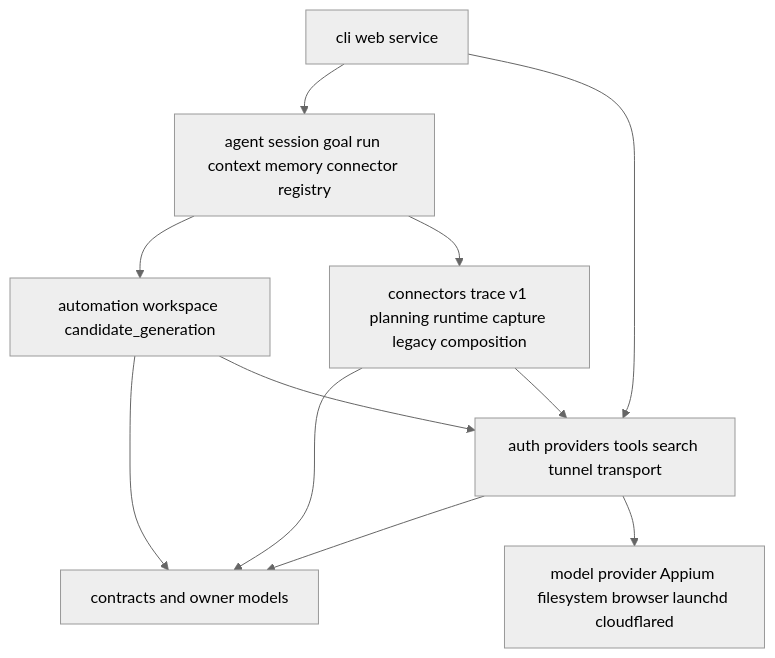
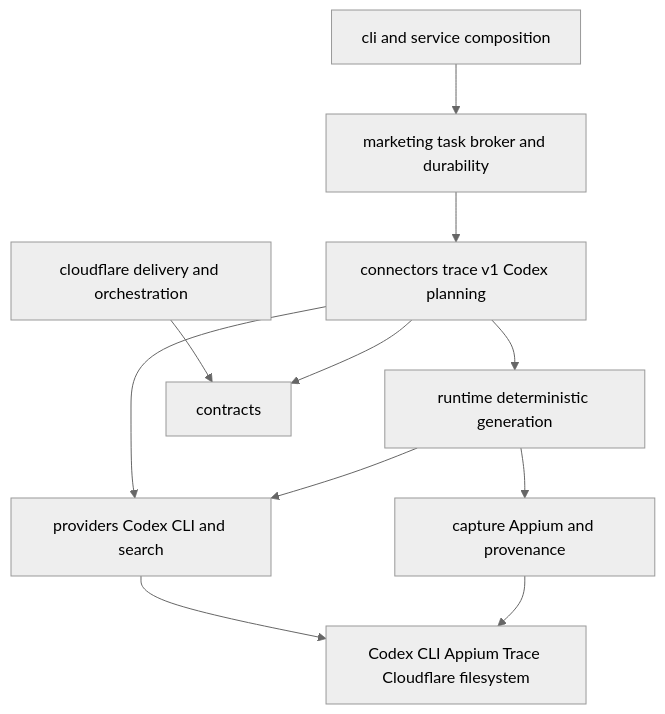
The diagram in docs/architecture/code.md (corca-ai/ads-booster), drawn with Mermaid (neutral theme) before and after one commit. The commit also changed other lines of this file and 36 other files, not shown here.

Commit message:
feat: replace Mac agent runtime with Codex CLI (#41)

````diff
--- a/docs/architecture/code.md
+++ b/docs/architecture/code.md
@@ -20,21 +13,23 @@
 ```mermaid
 flowchart TD
-    DELIVERY[cli web service]
-    CORE[agent session goal run context memory connector registry]
-    APP[automation workspace candidate_generation]
-    DOMAIN[connectors trace v1 planning runtime capture legacy composition]
-    CONTRACTS[contracts and owner models]
-    ADAPTERS[auth providers tools search tunnel transport]
-    EXTERNAL[model provider Appium filesystem browser launchd cloudflared]
+    CF[cloudflare delivery and orchestration]
+    CLI[cli and service composition]
+    MARKETING[marketing task broker and durability]
+    TRACE[connectors trace v1 Codex planning]
+    RUNTIME[runtime deterministic generation]
+    CAPTURE[capture Appium and provenance]
+    CONTRACTS[contracts]
+    PROVIDERS[providers Codex CLI and search]
+    EXTERNAL[Codex CLI Appium Trace Cloudflare filesystem]
 
-    DELIVERY --> CORE
-    DELIVERY --> ADAPTERS
-    CORE --> APP
-    CORE --> DOMAIN
-    APP --> CONTRACTS
-    APP --> ADAPTERS
-    DOMAIN --> CONTRACTS
-    DOMAIN --> ADAPTERS
-    ADAPTERS --> CONTRACTS
-    ADAPTERS --> EXTERNAL
+    CF --> CONTRACTS
+    CLI --> MARKETING
+    MARKETING --> TRACE
+    TRACE --> CONTRACTS
+    TRACE --> PROVIDERS
+    TRACE --> RUNTIME
+    RUNTIME --> CAPTURE
+    RUNTIME --> PROVIDERS
+    PROVIDERS --> EXTERNAL
+    CAPTURE --> EXTERNAL
 ```
````
